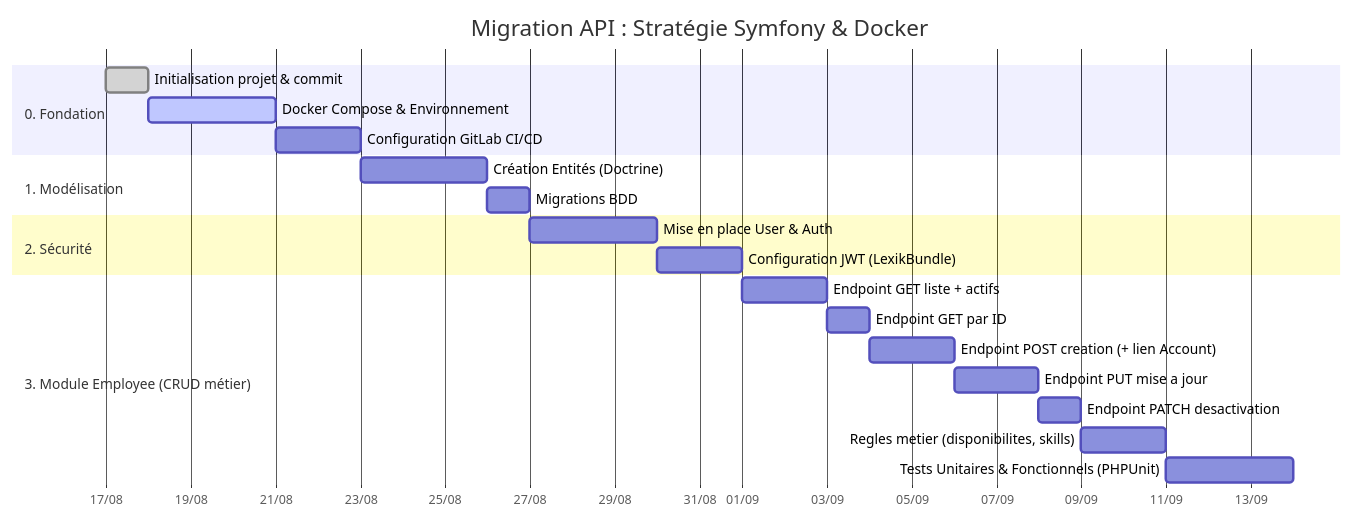
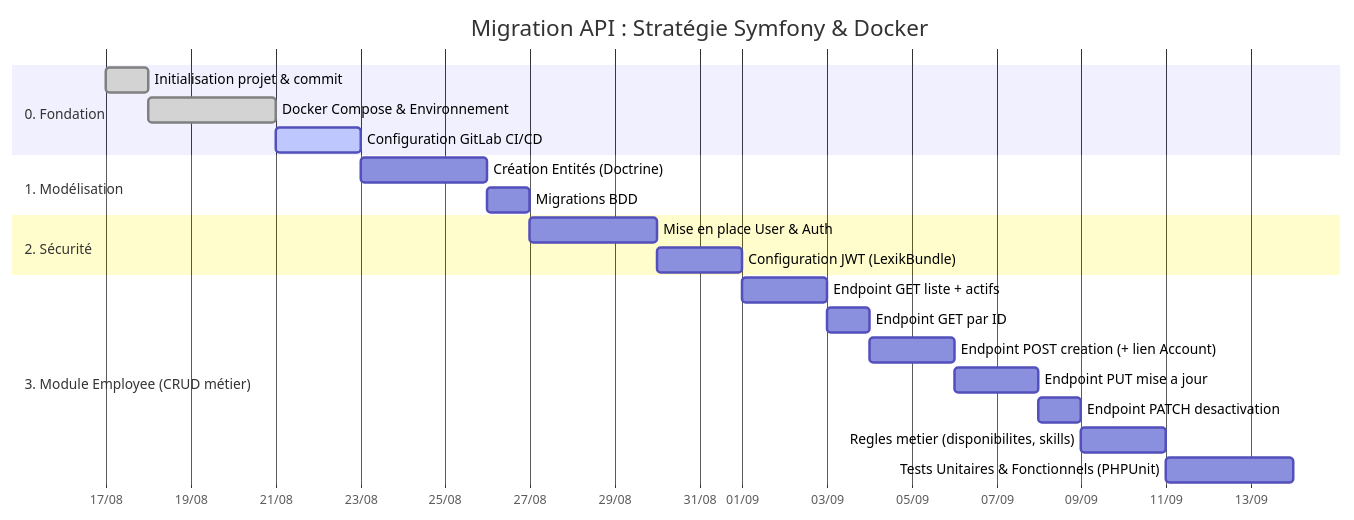
The diagram in PLANNING.md (remyHamed/gsb), drawn with Mermaid before and after one commit. The commit also changed other lines of this file, not shown here.

Commit message:
docs: mark Docker infrastructure as done in project planning

````diff
--- a/PLANNING.md
+++ b/PLANNING.md
@@ -9,28 +9,28 @@
 ```mermaid
 gantt
     title Migration API : Stratégie Symfony & Docker
     dateFormat  YYYY-MM-DD
     axisFormat  %d/%m
 
     section 0. Fondation
     Initialisation projet & commit   :done, init, 2026-08-17, 1d
-    Docker Compose & Environnement   :active, env, after init, 3d
-    Configuration GitLab CI/CD       :ci, after env, 2d
+    Docker Compose & Environnement   :done, env, after init, 3d
+    Configuration GitLab CI/CD       :active, ci, after env, 2d
 
     section 1. Modélisation
     Création Entités (Doctrine)      :b1, after ci, 3d
     Migrations BDD                   :b2, after b1, 1d
 
     section 2. Sécurité
     Mise en place User & Auth        :auth1, after b2, 3d
     Configuration JWT (LexikBundle)  :auth2, after auth1, 2d
 
     section 3. Module Employee (CRUD métier)
     Endpoint GET liste + actifs       :c1, after auth2, 2d
     Endpoint GET par ID              :c2, after c1, 1d
     Endpoint POST creation (+ lien Account) :c3, after c2, 2d
     Endpoint PUT mise a jour          :c4, after c3, 2d
     Endpoint PATCH desactivation      :c5, after c4, 1d
     Regles metier (disponibilites, skills) :c6, after c5, 2d
     Tests Unitaires & Fonctionnels (PHPUnit) :c7, after c6, 3d
 ```
````
